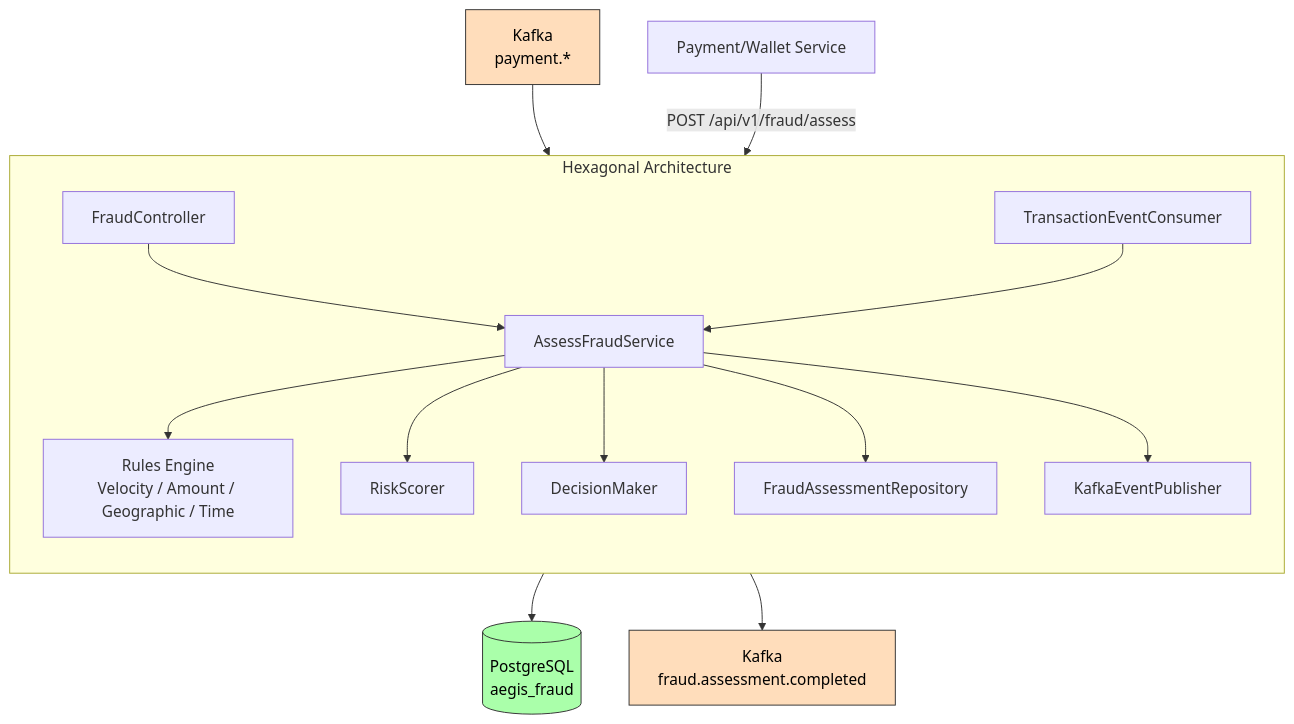
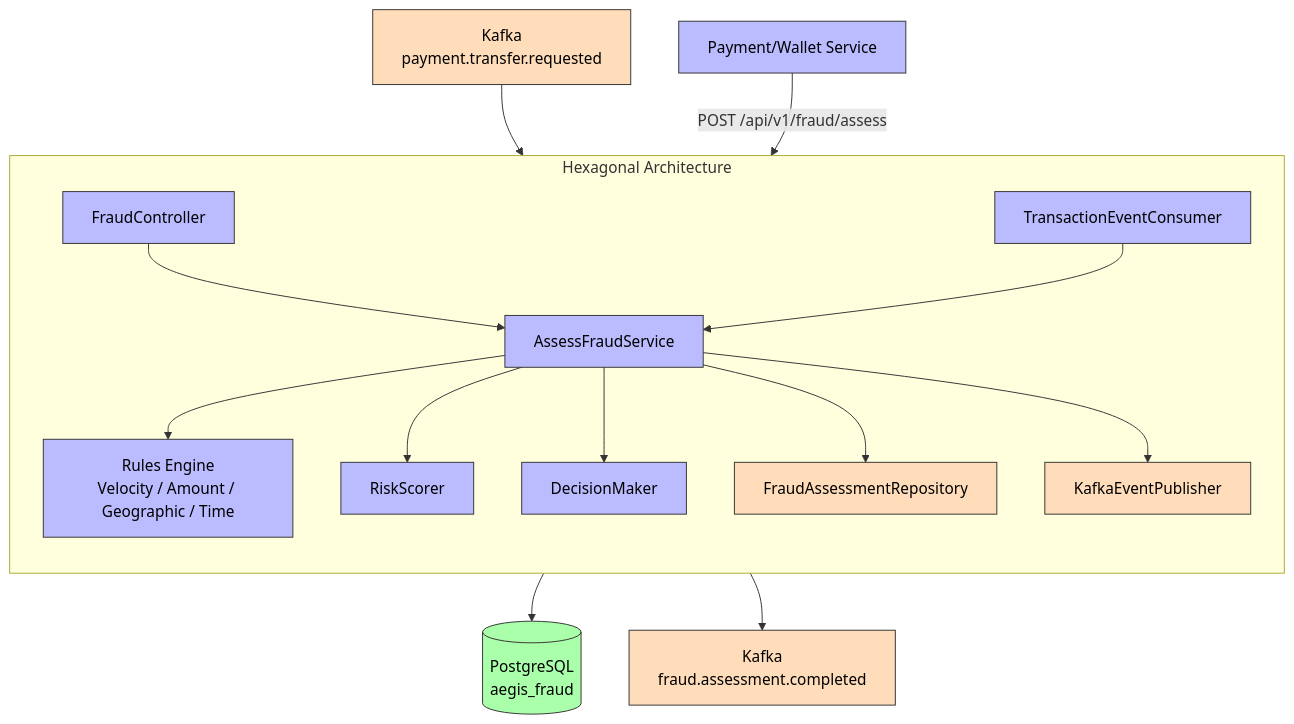
Before and after one commit to AlexAlvarezGallardo-GitHub/Aegis: the first of 2 diagrams in docs/obsidian/01 - Services/Fraud Service.md, drawn with Mermaid. The commit also changed other lines of this file and 87 other files, not shown here.

````diff
--- a/docs/obsidian/01 - Services/Fraud Service.md
+++ b/docs/obsidian/01 - Services/Fraud Service.md
@@ -15,28 +15,37 @@
 ```mermaid
 graph TB
     subgraph Hexagonal["Hexagonal Architecture"]
         direction TB
         Ctrl["FraudController"]
         Consumer["TransactionEventConsumer"]
         Svc["AssessFraudService"]
         Rules["Rules Engine<br/>Velocity / Amount / Geographic / Time"]
         Scorer["RiskScorer"]
         Decision["DecisionMaker"]
         Repo["FraudAssessmentRepository"]
         Pub["KafkaEventPublisher"]
         Ctrl --> Svc
         Consumer --> Svc
         Svc --> Rules
         Svc --> Scorer
         Svc --> Decision
         Svc --> Repo
         Svc --> Pub
     end
-    Kafka["Kafka<br/>payment.*"] --> Consumer
+    Kafka["Kafka<br/>payment.transfer.requested"] --> Consumer
     Client["Payment/Wallet Service"] -->|POST /api/v1/fraud/assess| Ctrl
     Repo --> DB[("PostgreSQL<br/>aegis_fraud")]
     Pub --> Out["Kafka<br/>fraud.assessment.completed"]
-    style DB fill:#afa,stroke:#333,color:#000
+    style Ctrl fill:#bbf,stroke:#333,color:#000
+    style Consumer fill:#bbf,stroke:#333,color:#000
+    style Svc fill:#bbf,stroke:#333,color:#000
+    style Rules fill:#bbf,stroke:#333,color:#000
+    style Scorer fill:#bbf,stroke:#333,color:#000
+    style Decision fill:#bbf,stroke:#333,color:#000
+    style Client fill:#bbf,stroke:#333,color:#000
+    style Repo fill:#fdb,stroke:#333,color:#000
+    style Pub fill:#fdb,stroke:#333,color:#000
     style Kafka fill:#fdb,stroke:#333,color:#000
     style Out fill:#fdb,stroke:#333,color:#000
+    style DB fill:#afa,stroke:#333,color:#000
 ```
````
